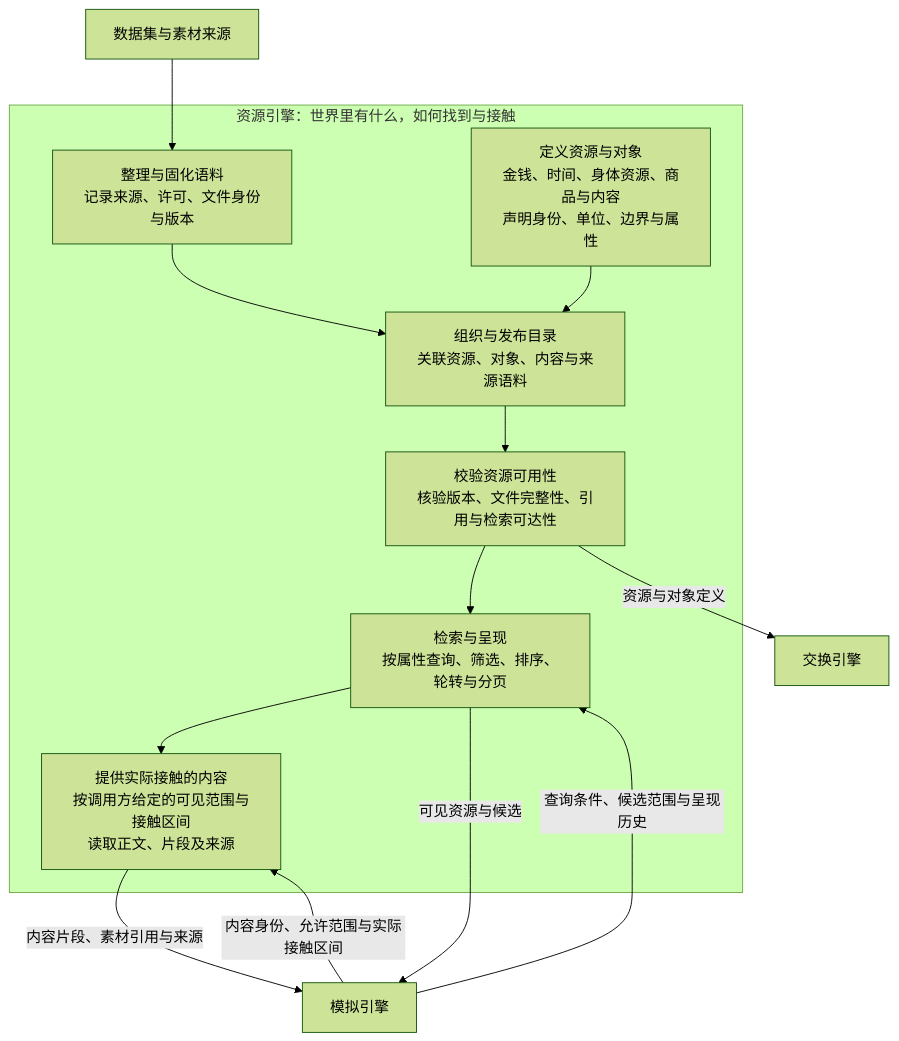
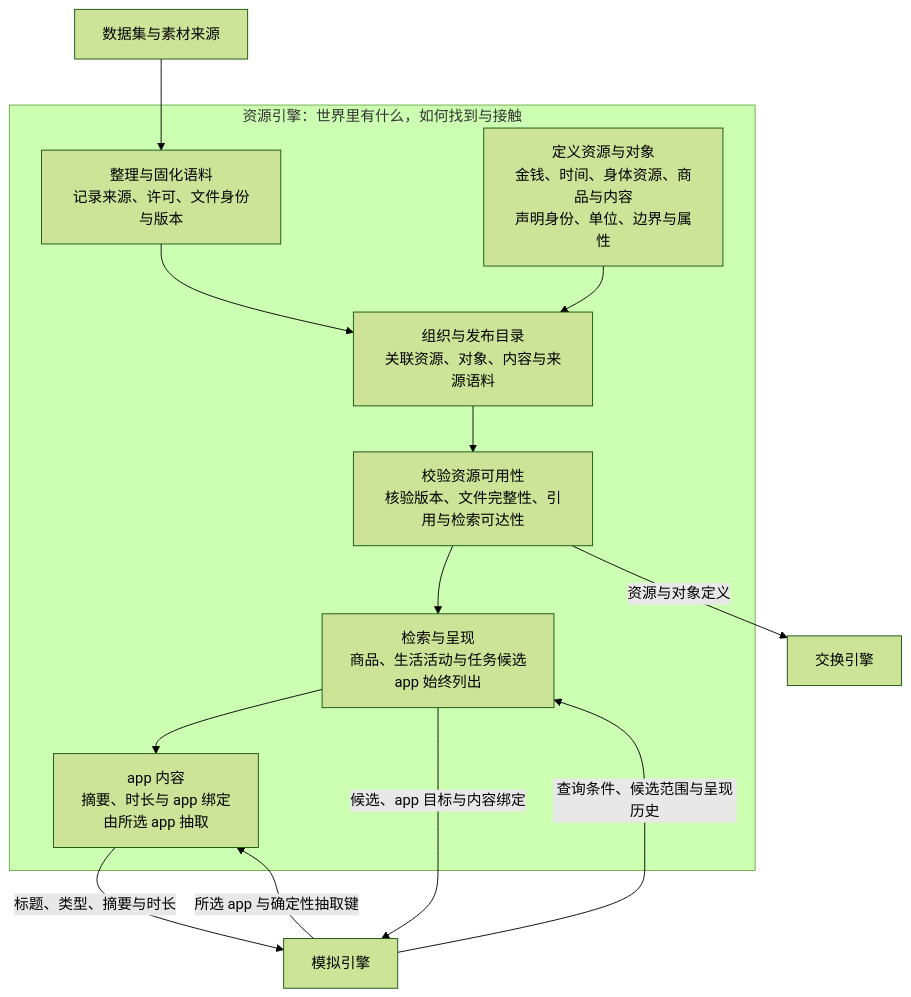
Before and after one commit to HoldThatThgt/WorldMock: the first of 4 diagrams in docs/design/03-resource-engine.md, drawn with Mermaid (forest theme). The commit also changed other lines of this file and 131 other files, not shown here.

````diff
--- a/docs/design/03-resource-engine.md
+++ b/docs/design/03-resource-engine.md
@@ -44,28 +44,28 @@
 ```mermaid
 flowchart TB
     SOURCES["数据集与素材来源"] --> PREPARE
 
     subgraph RESOURCE["资源引擎：世界里有什么，如何找到与接触"]
         PREPARE["整理与固化语料<br/>记录来源、许可、文件身份与版本"]
         DEFINE["定义资源与对象<br/>金钱、时间、身体资源、商品与内容<br/>声明身份、单位、边界与属性"]
         CATALOG["组织与发布目录<br/>关联资源、对象、内容与来源语料"]
         CHECK["校验资源可用性<br/>核验版本、文件完整性、引用与检索可达性"]
-        QUERY["检索与呈现<br/>按属性查询、筛选、排序、轮转与分页"]
-        PROVIDE["提供实际接触的内容<br/>按调用方给定的可见范围与接触区间<br/>读取正文、片段及来源"]
+        QUERY["检索与呈现<br/>商品、生活活动与任务候选<br/>app 始终列出"]
+        PROVIDE["app 内容<br/>摘要、时长与 app 绑定<br/>由所选 app 抽取"]
 
         PREPARE --> CATALOG
         DEFINE --> CATALOG
         CATALOG --> CHECK
         CHECK --> QUERY
         QUERY --> PROVIDE
     end
 
     EXCHANGE["交换引擎"]
     SIMULATION["模拟引擎"]
 
     CHECK -->|资源与对象定义| EXCHANGE
     SIMULATION -->|查询条件、候选范围与呈现历史| QUERY
-    QUERY -->|可见资源与候选| SIMULATION
-    SIMULATION -->|内容身份、允许范围与实际接触区间| PROVIDE
-    PROVIDE -->|内容片段、素材引用与来源| SIMULATION
+    QUERY -->|候选、app 目标与内容绑定| SIMULATION
+    SIMULATION -->|所选 app 与确定性抽取键| PROVIDE
+    PROVIDE -->|标题、类型、摘要与时长| SIMULATION
 ```
````
